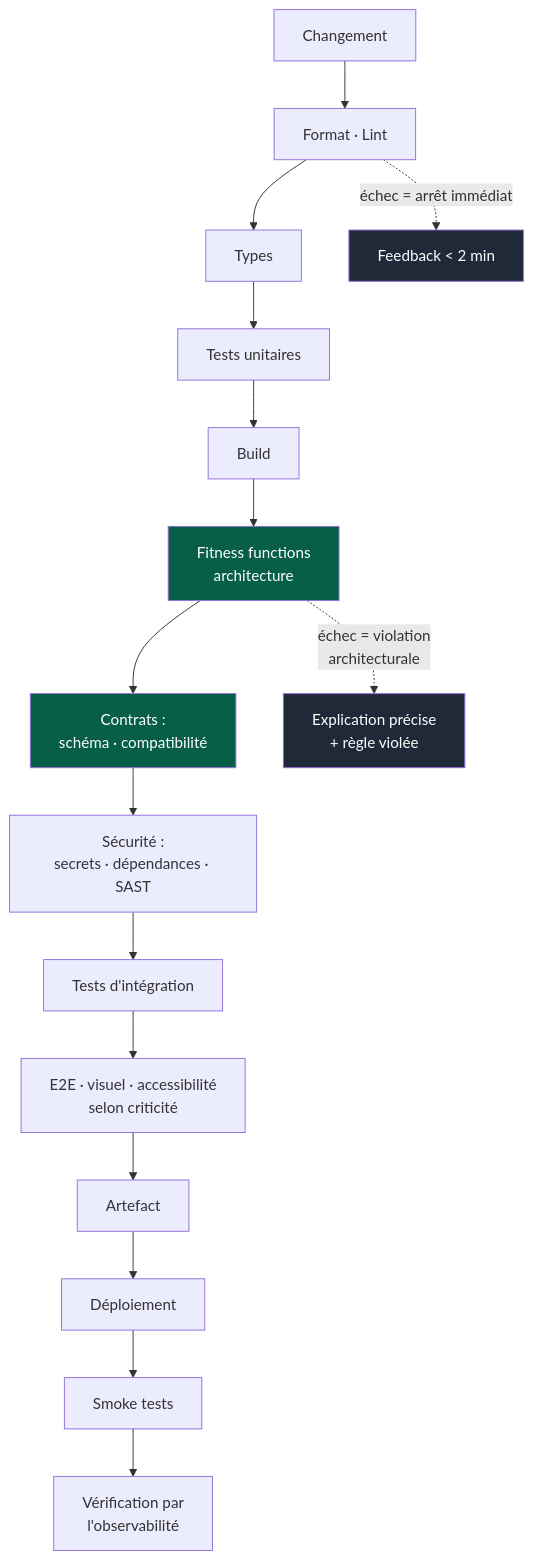
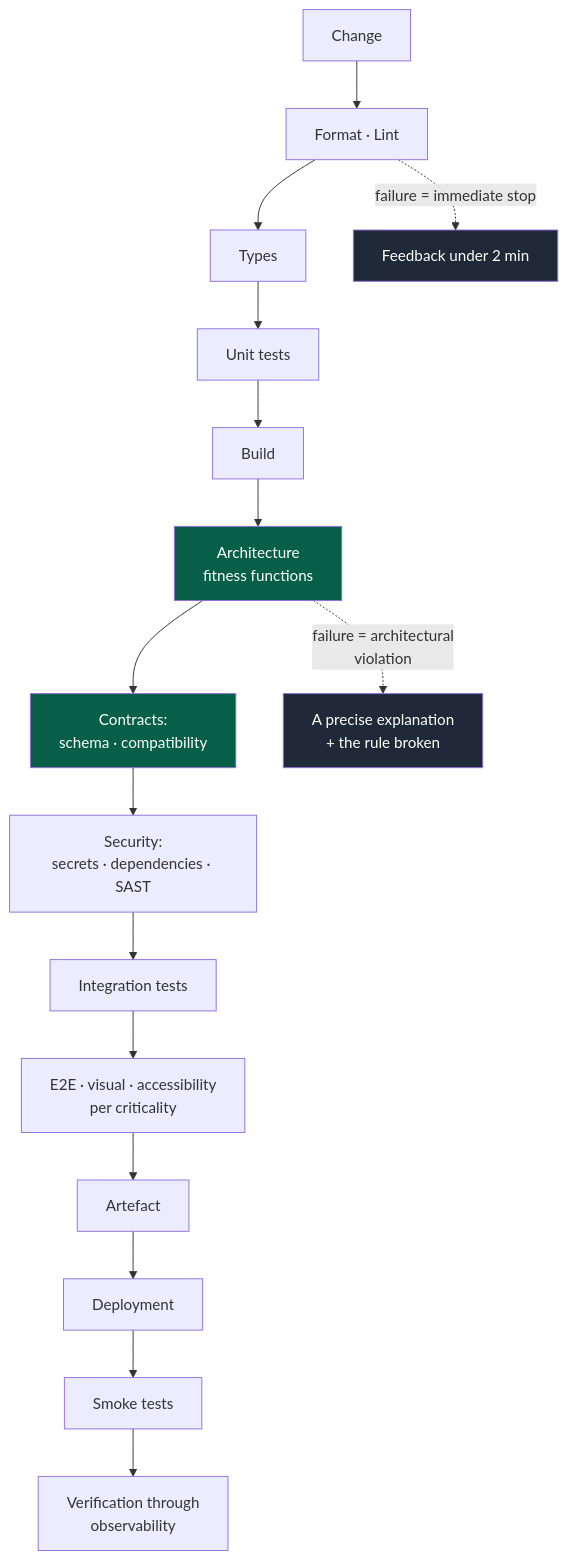
One commit to NapkinStack/engineering-os changed the fourth of 4 diagrams in skeleton/docs/os/07-governance.md. Above: the diagram before and after it, drawn with Mermaid. The commit also changed other lines of this file, not shown here.

````diff
--- a/skeleton/docs/os/07-governance.md
+++ b/skeleton/docs/os/07-governance.md
@@ -237,24 +242,24 @@
 ```mermaid
 flowchart TD
-    CH["Changement"] --> F1["Format · Lint"]
+    CH["Change"] --> F1["Format · Lint"]
     F1 --> F2["Types"]
-    F2 --> F3["Tests unitaires"]
+    F2 --> F3["Unit tests"]
     F3 --> F4["Build"]
-    F4 --> F5["Fitness functions<br/>architecture"]
-    F5 --> F6["Contrats :<br/>schéma · compatibilité"]
-    F6 --> F7["Sécurité :<br/>secrets · dépendances · SAST"]
-    F7 --> F8["Tests d'intégration"]
-    F8 --> F9["E2E · visuel · accessibilité<br/>selon criticité"]
+    F4 --> F5["Architecture<br/>fitness functions"]
+    F5 --> F6["Contracts:<br/>schema · compatibility"]
+    F6 --> F7["Security:<br/>secrets · dependencies · SAST"]
+    F7 --> F8["Integration tests"]
+    F8 --> F9["E2E · visual · accessibility<br/>per criticality"]
     F9 --> AR["Artefact"]
-    AR --> DE["Déploiement"]
+    AR --> DE["Deployment"]
     DE --> SM["Smoke tests"]
-    SM --> OB["Vérification par<br/>l'observabilité"]
+    SM --> OB["Verification through<br/>observability"]
 
-    F1 -.->|"échec = arrêt immédiat"| STOP["Feedback < 2 min"]
-    F5 -.->|"échec = violation<br/>architecturale"| STOP2["Explication précise<br/>+ règle violée"]
+    F1 -.->|"failure = immediate stop"| STOP["Feedback under 2 min"]
+    F5 -.->|"failure = architectural<br/>violation"| STOP2["A precise explanation<br/>+ the rule broken"]
 
     style F5 fill:#065f46,color:#fff
     style F6 fill:#065f46,color:#fff
     style STOP fill:#1f2937,color:#fff
     style STOP2 fill:#1f2937,color:#fff
 ```
````
